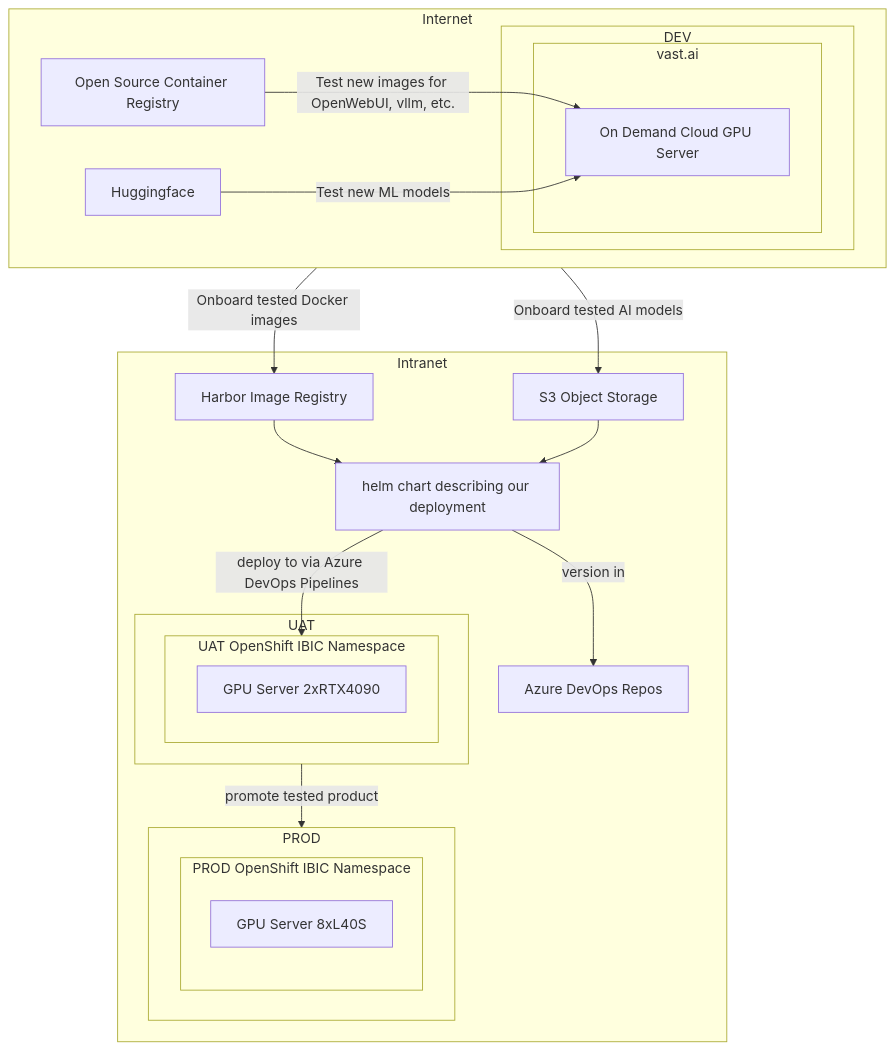
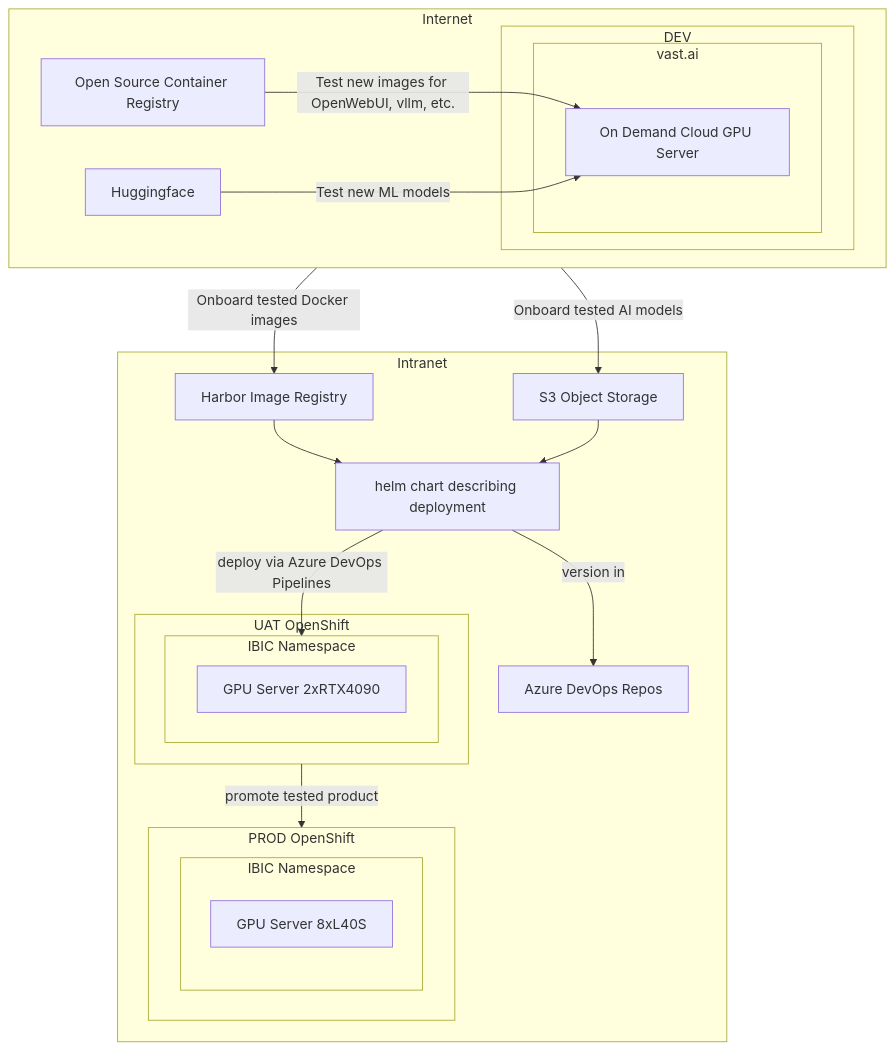
Before and after one commit to tim-roethig/ai-platform: the second of 2 diagrams in README.md, drawn with Mermaid. The commit also changed 1 other file, not shown here.

````diff
--- a/README.md
+++ b/README.md
@@ -63,60 +63,60 @@
 ```mermaid
 graph TD
     A[Open Source Container Registry]
     HF[Huggingface]
     B[On Demand Cloud GPU Server]
-    HELM[helm chart describing our deployment]
+    HELM[helm chart describing deployment]
     C[Harbor Image Registry]
     D[Azure DevOps Repos]
     S3[S3 Object Storage]
     E[GPU Server 2xRTX4090]
     F[GPU Server 8xL40S]
 
     subgraph VAST_AI[vast.ai]
         B
     end
-    subgraph UAT_OC[UAT OpenShift IBIC Namespace]
+    subgraph UAT_OC[IBIC Namespace]
         E
     end
-    subgraph PROD_OC[PROD OpenShift IBIC Namespace]
+    subgraph PROD_OC[IBIC Namespace]
         F
     end
 
     subgraph DEV[DEV]
         VAST_AI
     end
-    subgraph UAT[UAT]
+    subgraph UAT[UAT OpenShift]
         UAT_OC
     end
-    subgraph PROD[PROD]
+    subgraph PROD[PROD OpenShift]
         PROD_OC
     end
 
     subgraph Intranet[Intranet]
         C
         D
         S3
         HELM
         UAT
         PROD
     end
 
     subgraph Internet[Internet]
         A
         HF
         DEV
     end
 
     A -- Test new images for OpenWebUI, vllm, etc. --> B
     HF -- Test new ML models --> B
 
     Internet -- Onboard tested Docker images --> C
     Internet -- Onboard tested AI models --> S3
 
     HELM -- version in --> D
     C --> HELM
     S3 --> HELM
 
-    HELM -- deploy to via Azure DevOps Pipelines --> UAT_OC
+    HELM -- deploy via Azure DevOps Pipelines --> UAT_OC
     UAT -- promote tested product --> PROD
 ```
````
